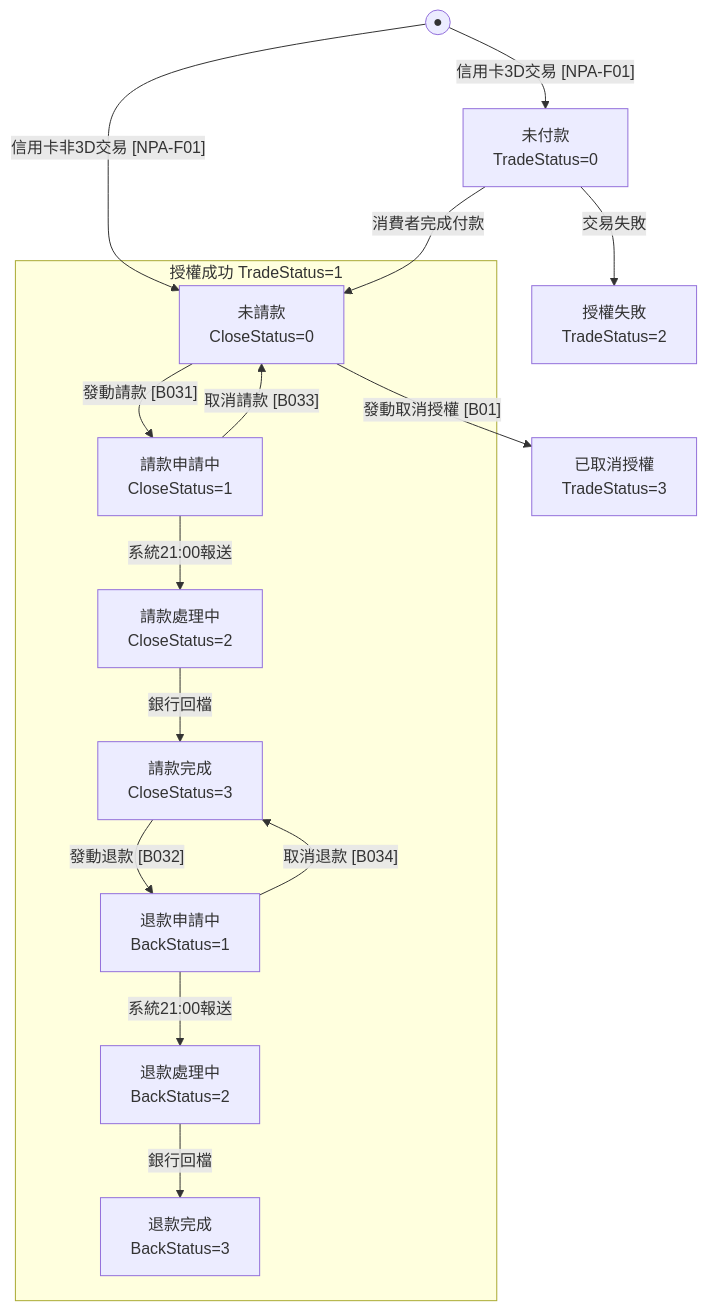
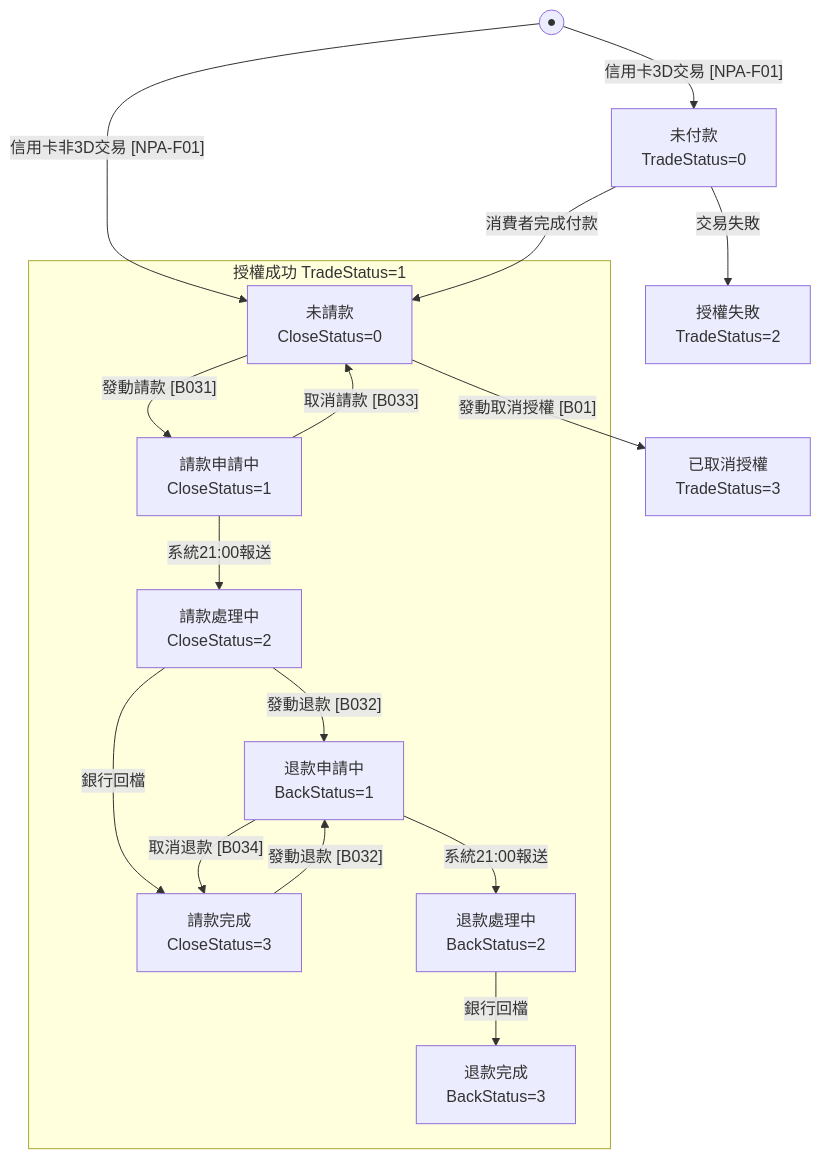
One commit to allen880612/NewebPayPoC changed the first of 4 diagrams in .claude/skills/newebpay-skill/SKILL.md. Above: the diagram before and after it, drawn with Mermaid. The commit also changed other lines of this file and 4 other files, not shown here.

````diff
--- a/.claude/skills/newebpay-skill/SKILL.md
+++ b/.claude/skills/newebpay-skill/SKILL.md
@@ -60,22 +60,23 @@
 ```mermaid
 flowchart TB
     S((●)) -->|"信用卡3D交易 [NPA-F01]"| UNPAID["未付款<br/>TradeStatus=0"]
     S -->|"信用卡非3D交易 [NPA-F01]"| AUTH_SUCCESS
     
     UNPAID -->|"消費者完成付款"| AUTH_SUCCESS
     UNPAID -->|"交易失敗"| AUTH_FAIL["授權失敗<br/>TradeStatus=2"]
     
     subgraph AUTH_BOX ["授權成功 TradeStatus=1"]
         AUTH_SUCCESS["未請款<br/>CloseStatus=0"]
         AUTH_SUCCESS -->|"發動請款 [B031]"| CLOSE_PENDING["請款申請中<br/>CloseStatus=1"]
         CLOSE_PENDING -->|"取消請款 [B033]"| AUTH_SUCCESS
         CLOSE_PENDING -->|"系統21:00報送"| CLOSE_PROC["請款處理中<br/>CloseStatus=2"]
+        CLOSE_PROC -->|"發動退款 [B032]"| REFUND_PENDING
         CLOSE_PROC -->|"銀行回檔"| CLOSE_DONE["請款完成<br/>CloseStatus=3"]
         CLOSE_DONE -->|"發動退款 [B032]"| REFUND_PENDING["退款申請中<br/>BackStatus=1"]
         REFUND_PENDING -->|"取消退款 [B034]"| CLOSE_DONE
         REFUND_PENDING -->|"系統21:00報送"| REFUND_PROC["退款處理中<br/>BackStatus=2"]
         REFUND_PROC -->|"銀行回檔"| REFUND_DONE["退款完成<br/>BackStatus=3"]
     end
     
     AUTH_SUCCESS -->|"發動取消授權 [B01]"| CANCELLED["已取消授權<br/>TradeStatus=3"]
 ```
````
